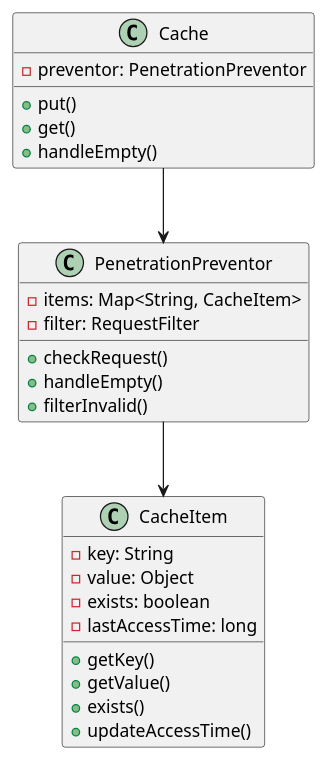
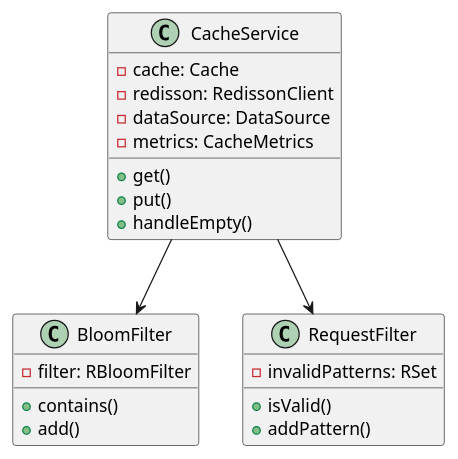
The second of 2 diagrams in doc/learning/architecture/cache_penetration_tutorial.md (fine5351/info-sync), drawn with PlantUML before and after one commit. The commit also changed other lines of this file and 9 other files, not shown here.

````diff
--- a/doc/learning/architecture/cache_penetration_tutorial.md
+++ b/doc/learning/architecture/cache_penetration_tutorial.md
@@ -116,32 +114,28 @@
 ```plantuml
 @startuml
-class CacheItem {
-    - key: String
-    - value: Object
-    - exists: boolean
-    - lastAccessTime: long
-    + getKey()
-    + getValue()
-    + exists()
-    + updateAccessTime()
-}
-
-class PenetrationPreventor {
-    - items: Map<String, CacheItem>
-    - filter: RequestFilter
-    + checkRequest()
-    + handleEmpty()
-    + filterInvalid()
-}
-
-class Cache {
-    - preventor: PenetrationPreventor
+class CacheService {
+    - cache: Cache
+    - redisson: RedissonClient
+    - dataSource: DataSource
+    - metrics: CacheMetrics
+    + get()
     + put()
-    + get()
     + handleEmpty()
 }
 
-Cache --> PenetrationPreventor
-PenetrationPreventor --> CacheItem
+class BloomFilter {
+    - filter: RBloomFilter
+    + contains()
+    + add()
+}
+
+class RequestFilter {
+    - invalidPatterns: RSet
+    + isValid()
+    + addPattern()
+}
+
+CacheService --> BloomFilter
+CacheService --> RequestFilter
 @enduml
 ```
````
